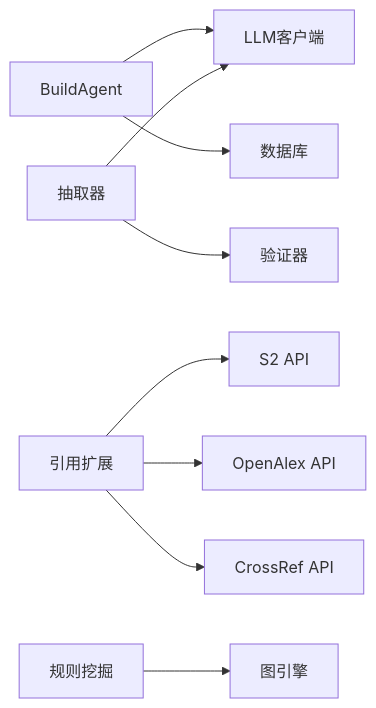
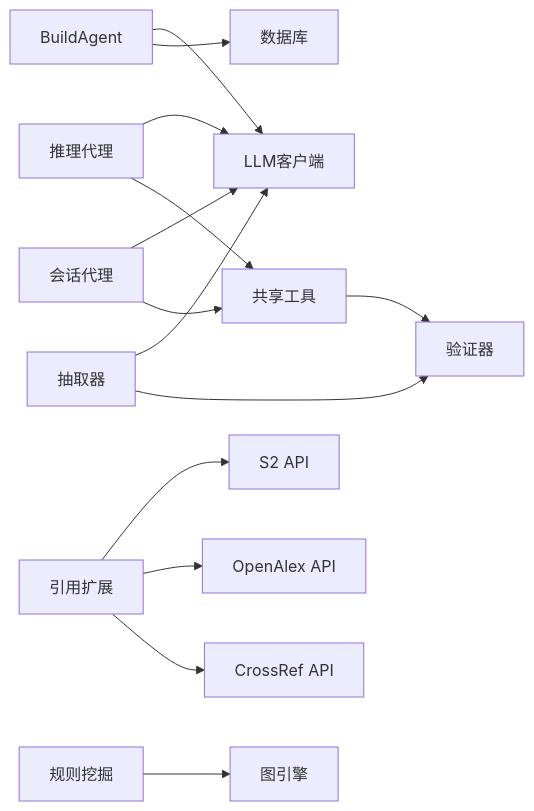
One commit to UynajGI/drbrain changed diagram 11 of 11 in .qoder/repowiki/zh/content/API 参考/内部服务 API/知识抽取服务.md. Above: the diagram before and after it, drawn with Mermaid. The commit also changed other lines of this file and 7 other files, not shown here.

````diff
--- a/.qoder/repowiki/zh/content/API 参考/内部服务 API/知识抽取服务.md
+++ b/.qoder/repowiki/zh/content/API 参考/内部服务 API/知识抽取服务.md
@@ -320,11 +481,16 @@
 ```mermaid
 graph LR
 AG["BuildAgent"] --> LLM["LLM客户端"]
 AG --> DB["数据库"]
+RA["推理代理"] --> LLM
+RA --> AT["共享工具"]
+SA["会话代理"] --> LLM
+SA --> AT
+AT --> VAL["验证器"]
 EX["抽取器"] --> LLM
-EX --> VAL["验证器"]
+EX --> VAL
 CIT["引用扩展"] --> S2["S2 API"]
 CIT --> OA["OpenAlex API"]
 CIT --> CR["CrossRef API"]
 RM["规则挖掘"] --> GE["图引擎"]
 ```
````
